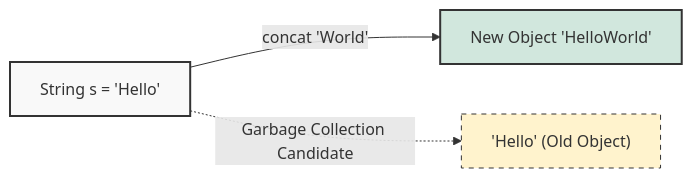
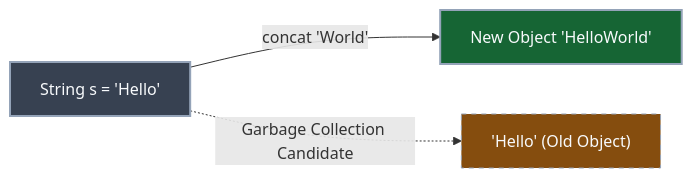
One commit to Kang-Hyesung/kang-hyesung.github.io changed the first of 3 diagrams in _posts/java/09-불변_객체와_String_클래스/2026-01-26-stringbuilder-클래스-소개.md. Above: the diagram before and after it, drawn with Mermaid. The commit also changed other lines of this file and 74 other files, not shown here.

Commit message:
docs: update post visibility and mermaid colors

````diff
--- a/_posts/java/09-불변_객체와_String_클래스/2026-01-26-stringbuilder-클래스-소개.md
+++ b/_posts/java/09-불변_객체와_String_클래스/2026-01-26-stringbuilder-클래스-소개.md
@@ -28,10 +28,10 @@
 ```mermaid
 graph LR
     A["String s = 'Hello'"] -->|concat 'World'| B["New Object 'HelloWorld'"]
     A -.->|Garbage Collection Candidate| C["'Hello' (Old Object)"]
     
-    style A fill:#f9f9f9,stroke:#333,stroke-width:2px
-    style B fill:#d1e7dd,stroke:#333,stroke-width:2px
-    style C fill:#fff3cd,stroke:#333,stroke-dasharray: 5 5
+    style A fill:#374151,stroke:#94a3b8,stroke-width:2px,color:#f8fafc
+    style B fill:#166534,stroke:#94a3b8,stroke-width:2px,color:#f8fafc
+    style C fill:#854d0e,stroke:#94a3b8,stroke-dasharray: 5 5,color:#f8fafc
 
 ```
````
